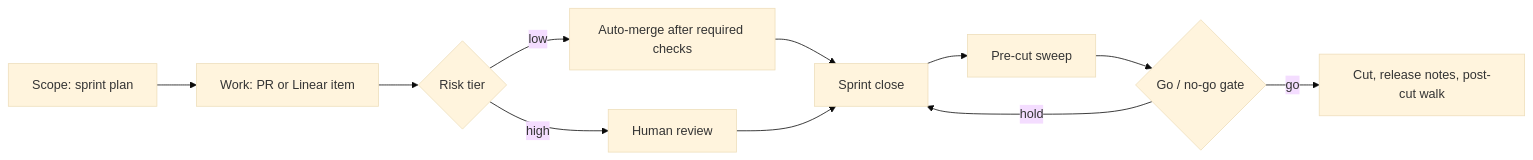
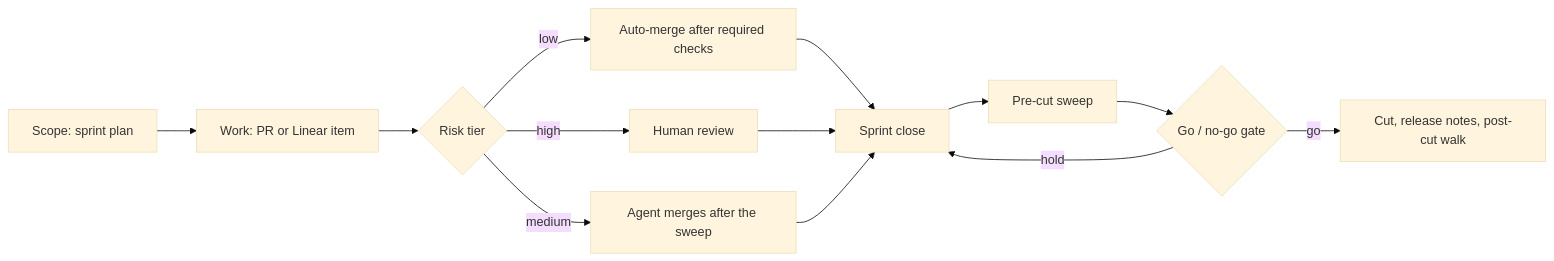
One commit to tatesocha/engineering-playbook changed the diagram in README.md. Above: the diagram before and after it, drawn with Mermaid (base theme). The commit also changed 4 other files, not shown here.

````diff
--- a/README.md
+++ b/README.md
@@ -28,13 +28,15 @@
 ```mermaid
 flowchart LR
   A[Scope: sprint plan] --> B[Work: PR or Linear item]
   B --> C{Risk tier}
   C -->|low| D[Auto-merge after required checks]
+  C -->|medium| M[Agent merges after the sweep]
   C -->|high| E[Human review]
   D --> F[Sprint close]
   E --> F
+  M --> F
   F --> G[Pre-cut sweep]
   G --> H{Go / no-go gate}
   H -->|go| I[Cut, release notes, post-cut walk]
   H -->|hold| F
 ```
````
